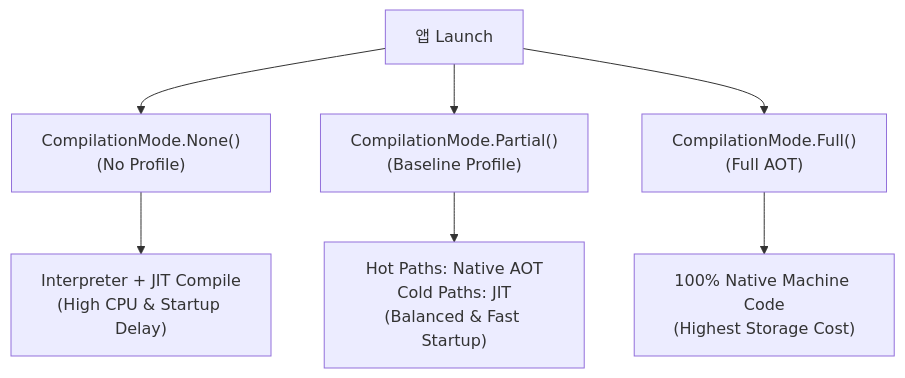
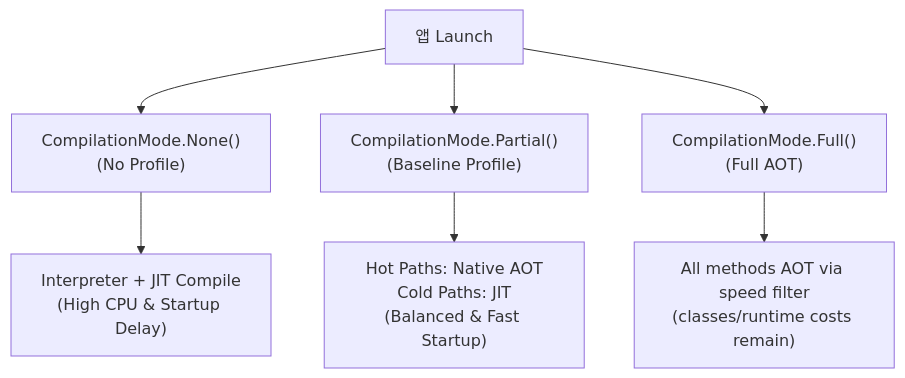
One commit to youngmin-gwon/what-i-studied changed the diagram in 01_inbox/mobile/android/06_testing_performance/performance/benchmark-baseline-contracts/macrobenchmark-compilation-mode-is-part-of-test-contract.md. Above: the diagram before and after it, drawn with Mermaid. The commit also changed other lines of this file and 89 other files, not shown here.

````diff
--- a/01_inbox/mobile/android/06_testing_performance/performance/benchmark-baseline-contracts/macrobenchmark-compilation-mode-is-part-of-test-contract.md
+++ b/01_inbox/mobile/android/06_testing_performance/performance/benchmark-baseline-contracts/macrobenchmark-compilation-mode-is-part-of-test-contract.md
@@ -31,12 +31,12 @@
 ```mermaid
 flowchart TD
     AppLaunch["앱 Launch"]
     
     AppLaunch --> NoneMode["CompilationMode.None()<br/>(No Profile)"]
     AppLaunch --> PartialMode["CompilationMode.Partial()<br/>(Baseline Profile)"]
     AppLaunch --> FullMode["CompilationMode.Full()<br/>(Full AOT)"]
 
     NoneMode --> Interpreter["Interpreter + JIT Compile<br/>(High CPU & Startup Delay)"]
     PartialMode --> Mixed["Hot Paths: Native AOT<br/>Cold Paths: JIT<br/>(Balanced & Fast Startup)"]
-    FullMode --> AllNative["100% Native Machine Code<br/>(Highest Storage Cost)"]
+    FullMode --> AllNative["All methods AOT via speed filter<br/>(classes/runtime costs remain)"]
 ```
````
